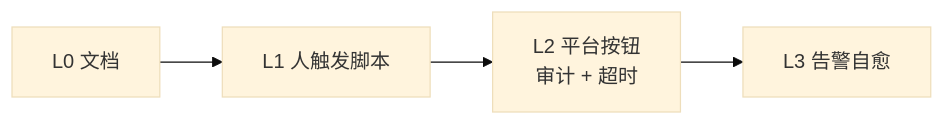
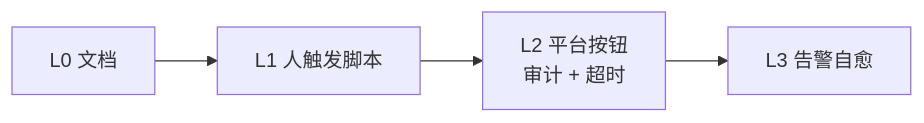
One commit to ml-cuizijun/LearnToLilith changed the third of 5 diagrams in 04-工程化与自动化/08-运维平台与Oncall/知识点.md. Above: the diagram before and after it, drawn with Mermaid. The commit also changed other lines of this file and 178 other files, not shown here.

````diff
--- a/04-工程化与自动化/08-运维平台与Oncall/知识点.md
+++ b/04-工程化与自动化/08-运维平台与Oncall/知识点.md
@@ -150,12 +119,6 @@
 ```mermaid
-%%{init: {"flowchart": {"padding": 16, "nodeSpacing": 36}, "theme": "base"}}%%
 flowchart LR
     L0[L0 文档] --> L1[L1 人触发脚本]
     L1 --> L2["L2 平台按钮<br/>审计 + 超时"]
     L2 --> L3[L3 告警自愈]
-
-    class L0 a
-    class L1 b
-    class L2 c
-    class L3 d
 ```
````
